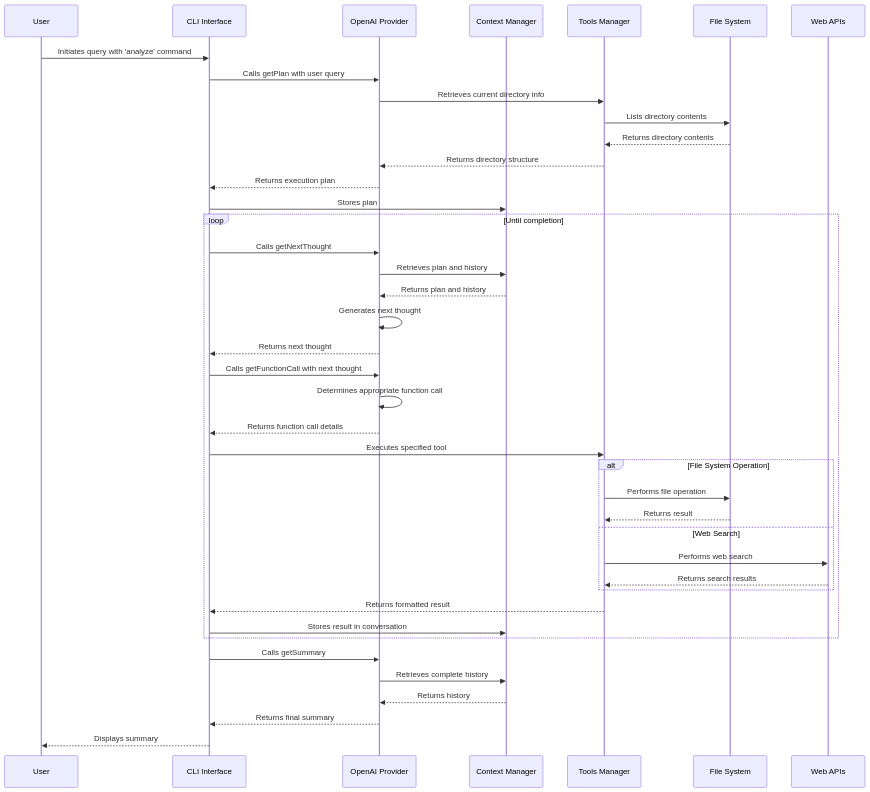
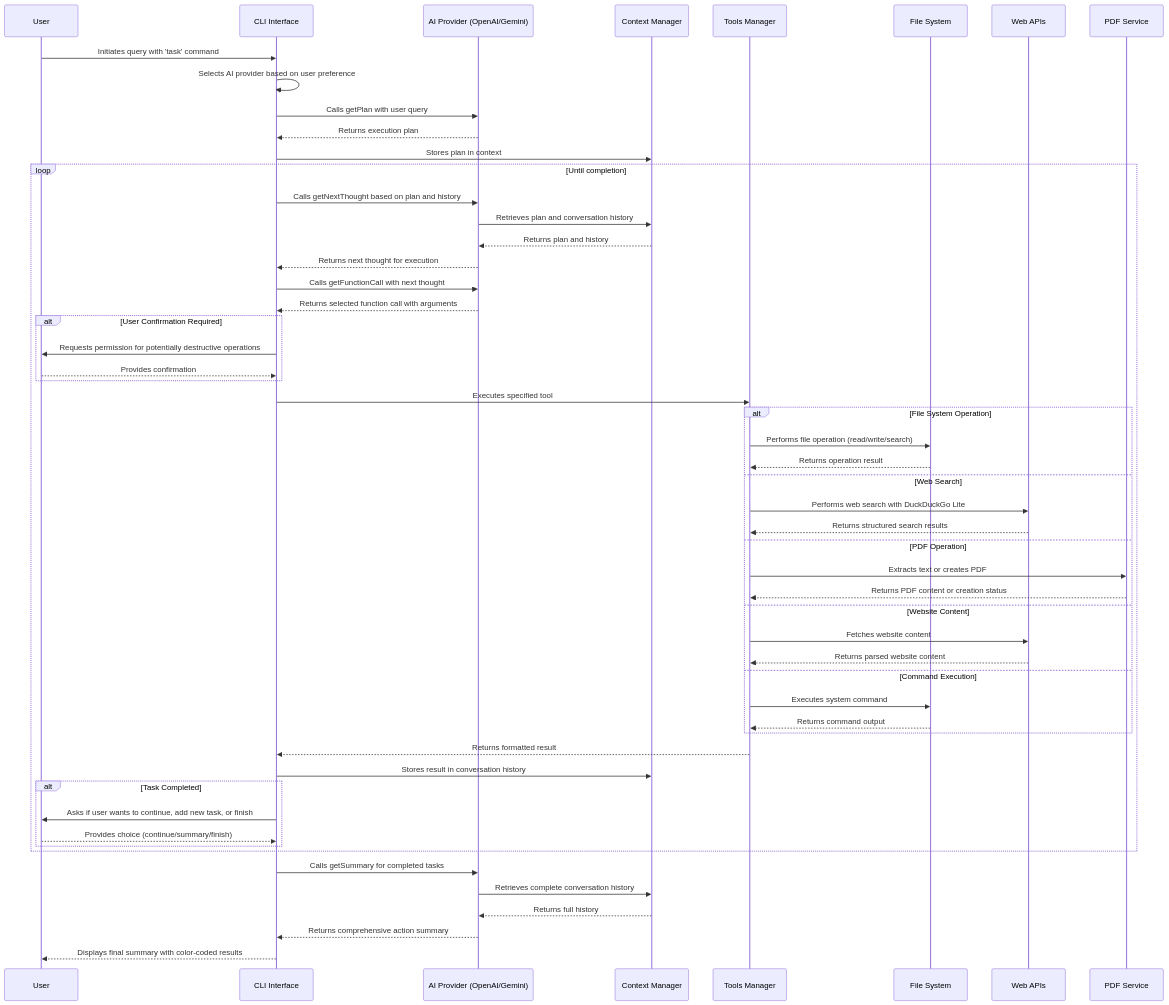
One commit to grinsteindavid/ai-agent-code-analyzer changed the diagram in README.md. Above: the diagram before and after it, drawn with Mermaid. The commit also changed other lines of this file, not shown here.

First line of the commit message:
Updates documentation and execution flow for AI task management

````diff
--- a/README.md
+++ b/README.md
@@ -190,47 +205,65 @@
 ```mermaid
 sequenceDiagram
     participant User
     participant CLI as CLI Interface
-    participant OpenAI as OpenAI Provider
+    participant Provider as AI Provider (OpenAI/Gemini)
     participant Context as Context Manager
     participant Tools as Tools Manager
     participant FileSystem as File System
     participant WebAPI as Web APIs
+    participant PDFService as PDF Service
 
-    User->>CLI: Initiates query with 'analyze' command
-    CLI->>OpenAI: Calls getPlan with user query
-    OpenAI->>Tools: Retrieves current directory info
-    Tools->>FileSystem: Lists directory contents
-    FileSystem-->>Tools: Returns directory contents
-    Tools-->>OpenAI: Returns directory structure
-    OpenAI-->>CLI: Returns execution plan
-    CLI->>Context: Stores plan
+    User->>CLI: Initiates query with 'task' command
+    CLI->>CLI: Selects AI provider based on user preference
+    CLI->>Provider: Calls getPlan with user query
+    Provider-->>CLI: Returns execution plan
+    CLI->>Context: Stores plan in context
     
     loop Until completion
-        CLI->>OpenAI: Calls getNextThought
-        OpenAI->>Context: Retrieves plan and history
-        Context-->>OpenAI: Returns plan and history
-        OpenAI->>OpenAI: Generates next thought
-        OpenAI-->>CLI: Returns next thought
+        CLI->>Provider: Calls getNextThought based on plan and history
+        Provider->>Context: Retrieves plan and conversation history
+        Context-->>Provider: Returns plan and history
+        Provider-->>CLI: Returns next thought for execution
         
-        CLI->>OpenAI: Calls getFunctionCall with next thought
-        OpenAI->>OpenAI: Determines appropriate function call
-        OpenAI-->>CLI: Returns function call details
+        CLI->>Provider: Calls getFunctionCall with next thought
+        Provider-->>CLI: Returns selected function call with arguments
+        
+        alt User Confirmation Required
+            CLI->>User: Requests permission for potentially destructive operations
+            User-->>CLI: Provides confirmation
+        end
+        
         CLI->>Tools: Executes specified tool
+        
         alt File System Operation
-            Tools->>FileSystem: Performs file operation
-            FileSystem-->>Tools: Returns result
+            Tools->>FileSystem: Performs file operation (read/write/search)
+            FileSystem-->>Tools: Returns operation result
         else Web Search
-            Tools->>WebAPI: Performs web search
-            WebAPI-->>Tools: Returns search results
+            Tools->>WebAPI: Performs web search with DuckDuckGo Lite
+            WebAPI-->>Tools: Returns structured search results
+        else PDF Operation
+            Tools->>PDFService: Extracts text or creates PDF
+            PDFService-->>Tools: Returns PDF content or creation status
+        else Website Content
+            Tools->>WebAPI: Fetches website content
+            WebAPI-->>Tools: Returns parsed website content
+        else Command Execution
+            Tools->>FileSystem: Executes system command
+            FileSystem-->>Tools: Returns command output
         end
+        
         Tools-->>CLI: Returns formatted result
-        CLI->>Context: Stores result in conversation
+        CLI->>Context: Stores result in conversation history
+        
+        alt Task Completed
+            CLI->>User: Asks if user wants to continue, add new task, or finish
+            User-->>CLI: Provides choice (continue/summary/finish)
+        end
     end
     
-    CLI->>OpenAI: Calls getSummary
-    OpenAI->>Context: Retrieves complete history
-    Context-->>OpenAI: Returns history
-    OpenAI-->>CLI: Returns final summary
-    CLI-->>User: Displays summary
+    CLI->>Provider: Calls getSummary for completed tasks
+    Provider->>Context: Retrieves complete conversation history
+    Context-->>Provider: Returns full history
+    Provider-->>CLI: Returns comprehensive action summary
+    CLI-->>User: Displays final summary with color-coded results
 ```
````
